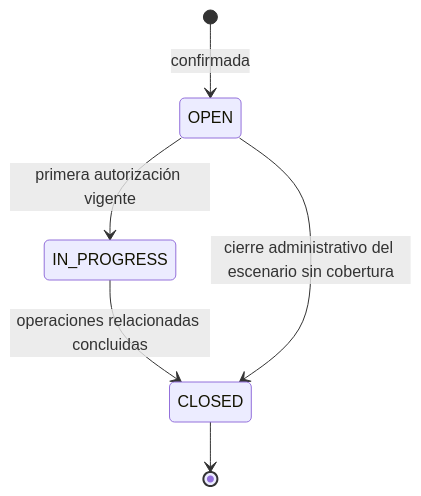
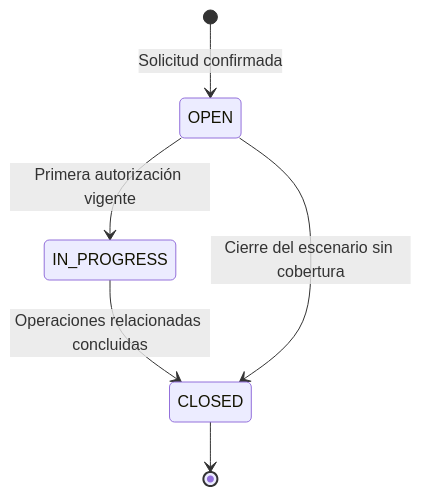
One commit to EderPanta18/alivia-humanitarian-system-design changed the first of 4 diagrams in docs/05-analisis/02-estados-transiciones.md. Above: the diagram before and after it, drawn with Mermaid. The commit also changed other lines of this file and 44 other files, not shown here.

````diff
--- a/docs/05-analisis/02-estados-transiciones.md
+++ b/docs/05-analisis/02-estados-transiciones.md
@@ -9,8 +11,8 @@
 ```mermaid
 stateDiagram-v2
- [*] --> OPEN : confirmada
- OPEN --> IN_PROGRESS : primera autorización vigente
- IN_PROGRESS --> CLOSED : operaciones relacionadas concluidas
- OPEN --> CLOSED : cierre administrativo del escenario sin cobertura
- CLOSED --> [*]
+    [*] --> OPEN : Solicitud confirmada
+    OPEN --> IN_PROGRESS : Primera autorización vigente
+    IN_PROGRESS --> CLOSED : Operaciones relacionadas concluidas
+    OPEN --> CLOSED : Cierre del escenario sin cobertura
+    CLOSED --> [*]
 ```
````
